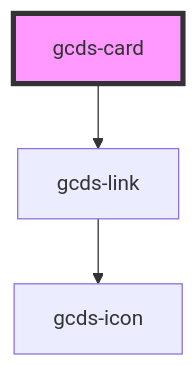
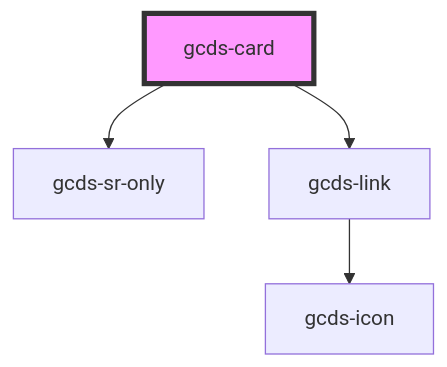
Before and after one commit to cds-snc/gcds-components: the diagram in packages/web/src/components/gcds-card/readme.md, drawn with Mermaid. The commit also changed other lines of this file and 64 other files, not shown here.

````diff
--- a/packages/web/src/components/gcds-card/readme.md
+++ b/packages/web/src/components/gcds-card/readme.md
@@ -29,6 +30,7 @@
 ```mermaid
 graph TD;
+  gcds-card --> gcds-sr-only
   gcds-card --> gcds-link
   gcds-link --> gcds-icon
   style gcds-card fill:#f9f,stroke:#333,stroke-width:4px
 ```
````
